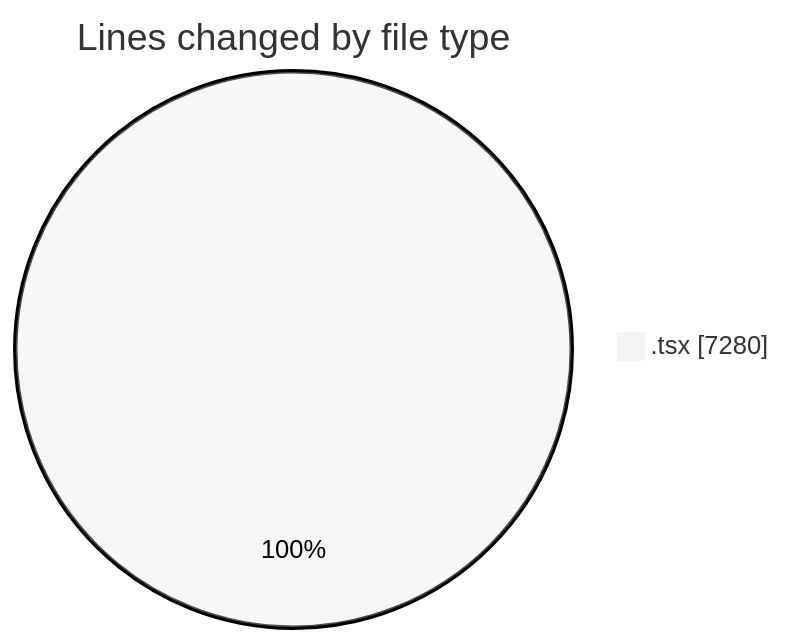
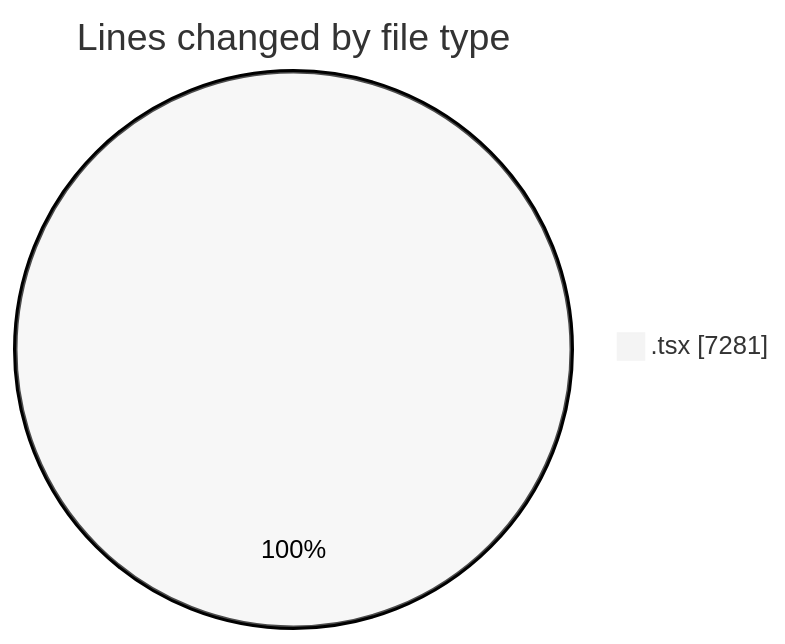
Before and after one commit to momahboobian/code-tracking: the first of 2 diagrams in 2025-12-04/cda/README.md, drawn with Mermaid (neutral theme). The commit also changed other lines of this file and 1 other file, not shown here.

````diff
--- a/2025-12-04/cda/README.md
+++ b/2025-12-04/cda/README.md
@@ -27,5 +27,5 @@
 ```mermaid
 pie showData
 title Lines changed by file type
-".tsx" : 7280
+".tsx" : 7281
 ```
````
